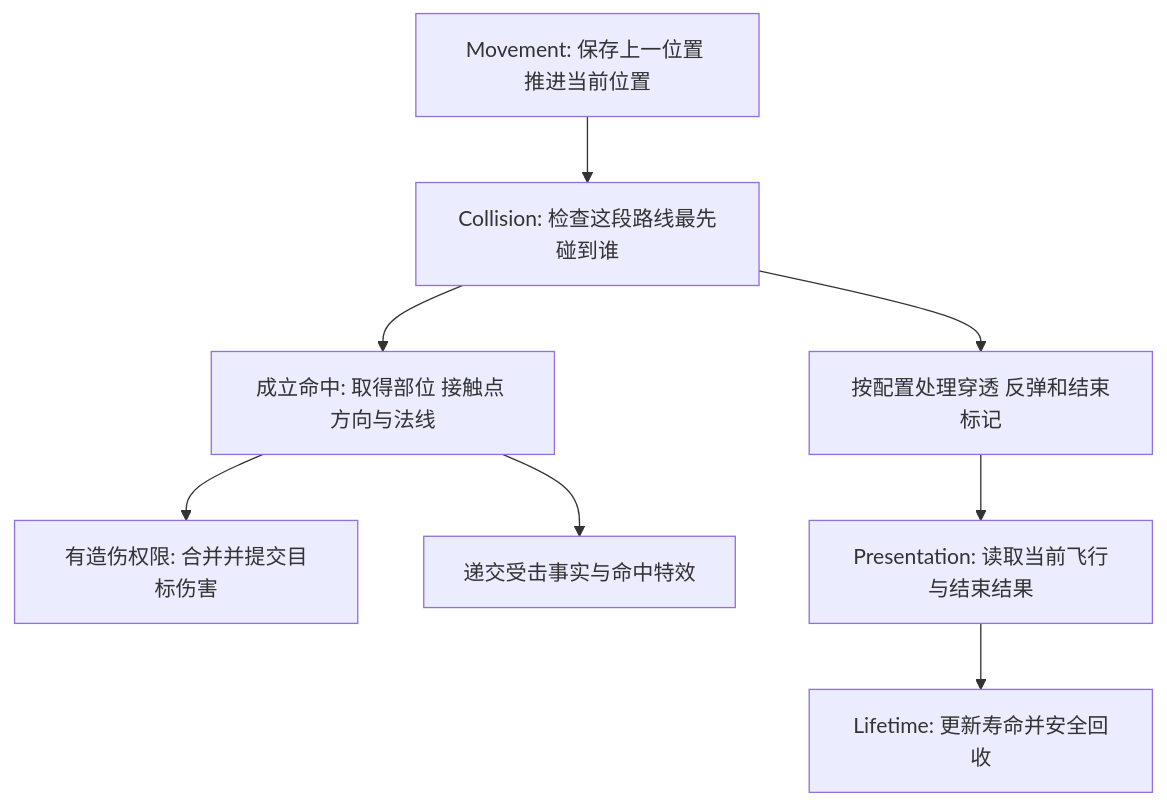
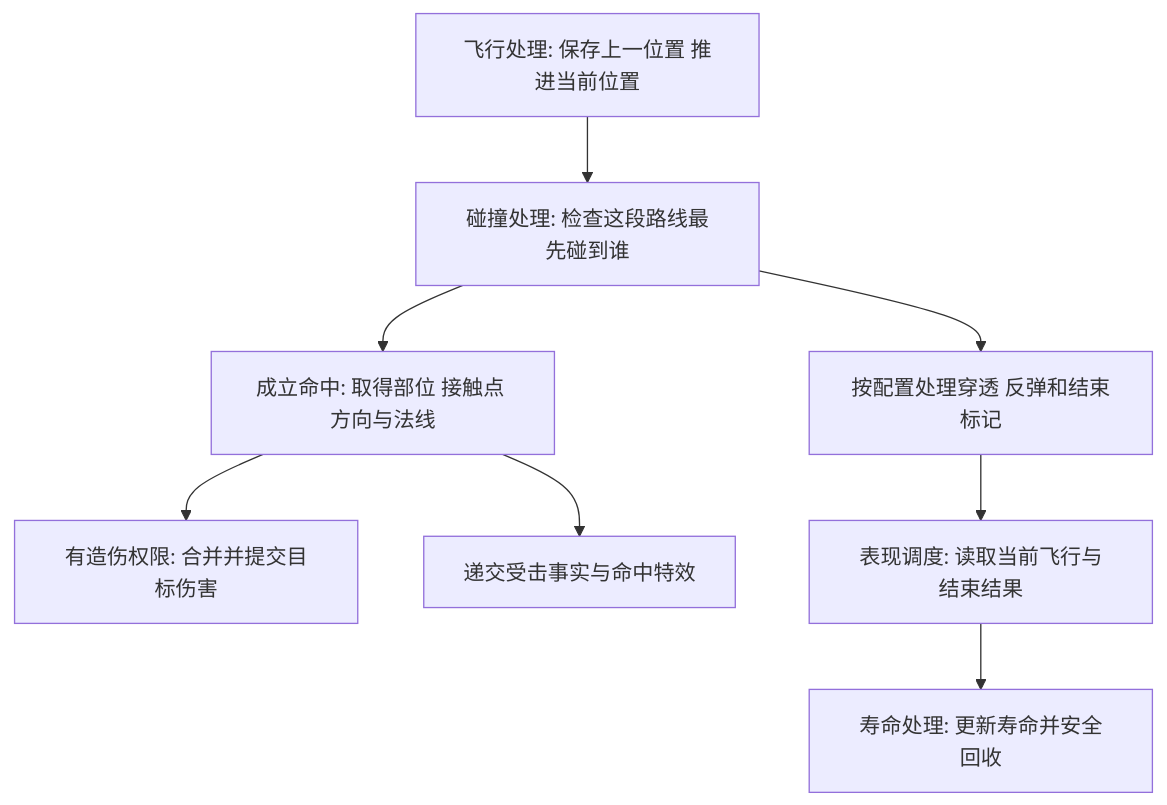
The third of 3 diagrams in Mass/Instance/Projectile/Law.md (bunkerboy258/UBBBNexus), drawn with Mermaid before and after one commit. The commit also changed other lines of this file and 1 other file, not shown here.

Commit message:
Map monster and projectile directories to plain Chinese architecture terms

````diff
--- a/Mass/Instance/Projectile/Law.md
+++ b/Mass/Instance/Projectile/Law.md
@@ -48,10 +71,10 @@
 ```mermaid
 flowchart TD
-    A["Movement: 保存上一位置 推进当前位置"] --> B["Collision: 检查这段路线最先碰到谁"]
-    B --> C["成立命中: 取得部位 接触点 方向与法线"]
-    C --> D["有造伤权限: 合并并提交目标伤害"]
-    C --> E["递交受击事实与命中特效"]
-    B --> F["按配置处理穿透 反弹和结束标记"]
-    F --> G["Presentation: 读取当前飞行与结束结果"]
-    G --> H["Lifetime: 更新寿命并安全回收"]
+    飞行处理["飞行处理: 保存上一位置 推进当前位置"] --> 碰撞处理["碰撞处理: 检查这段路线最先碰到谁"]
+    碰撞处理 --> 命中结果["成立命中: 取得部位 接触点 方向与法线"]
+    命中结果 --> 伤害交接["有造伤权限: 合并并提交目标伤害"]
+    命中结果 --> 受击交接["递交受击事实与命中特效"]
+    碰撞处理 --> 弹道后续["按配置处理穿透 反弹和结束标记"]
+    弹道后续 --> 表现调度["表现调度: 读取当前飞行与结束结果"]
+    表现调度 --> 寿命处理["寿命处理: 更新寿命并安全回收"]
 ```
````
